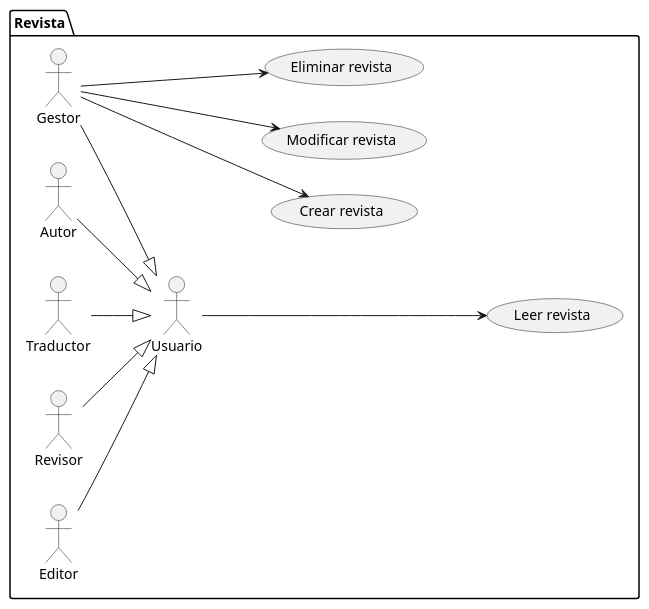
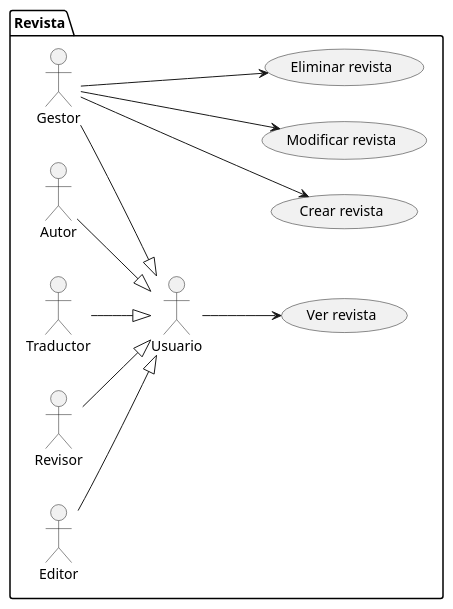
One commit to mmasias/IdSw1-22-23 changed the diagram in 000-entregas/Grupo4/ProyectoEditorial/CasosDeUso/EncontrarCasosDeUso/revista.puml. Above: the diagram before and after it, drawn with PlantUML. The commit also changed 10 other files, not shown here.

Commit message:
Creados Diagramas de Casos de Uso y De Contexto

```diff
--- a/000-entregas/Grupo4/ProyectoEditorial/CasosDeUso/EncontrarCasosDeUso/revista.puml
+++ b/000-entregas/Grupo4/ProyectoEditorial/CasosDeUso/EncontrarCasosDeUso/revista.puml
@@ -1,29 +1,29 @@
 @startuml Casos de uso Revista
 
 left to right direction
 package Revista{
     actor Gestor as gs
     actor Autor as au
     actor Traductor as tr
     actor Revisor as rv
     actor Editor as ed
     actor Usuario as us
 
     usecase "Crear revista" as create
-    usecase "Leer revista" as read
+    usecase "Ver revista" as read
     usecase "Modificar revista" as update
     usecase "Eliminar revista" as delete
 }
 
 gs --|> us
 au --|> us
 tr --|> us
 rv --|> us
 ed --|> us
 
-us ---> read
+us --> read
 gs ---> create
 gs ---> update
 gs ---> delete
 
 @enduml
```
